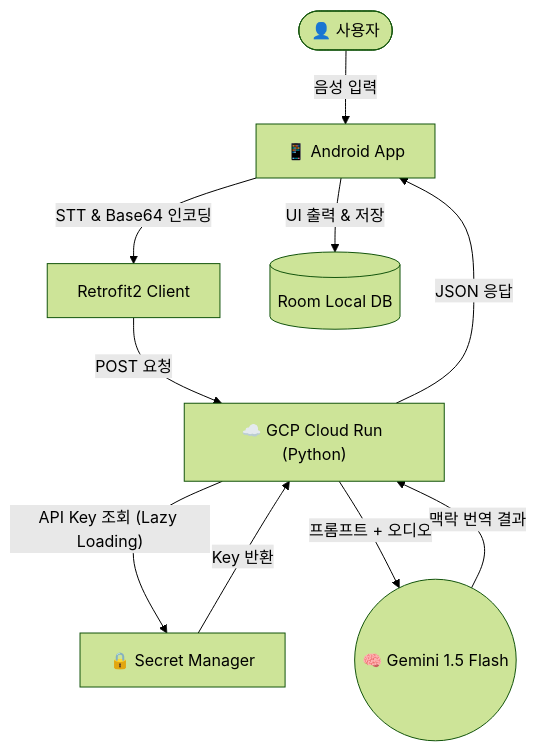
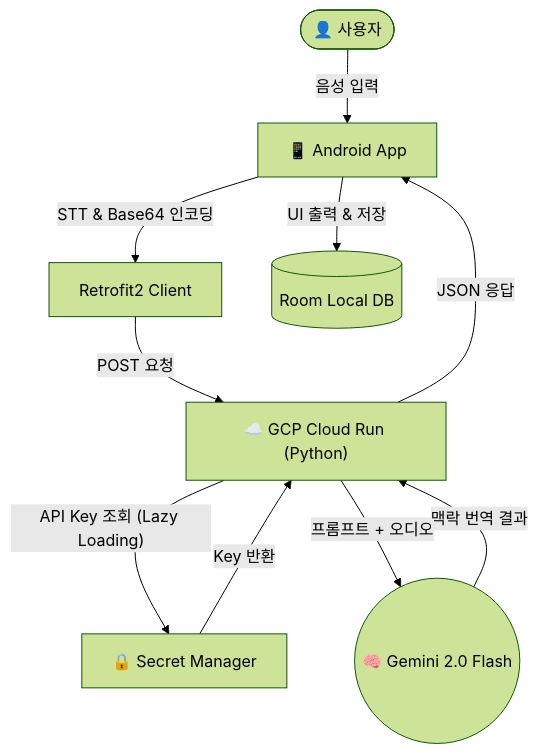
One commit to akh990816-glitch/VoiceTranslator2 changed the diagram in README.md. Above: the diagram before and after it, drawn with Mermaid (forest theme). The commit also changed other lines of this file, not shown here.

First line of the commit message:
Upgrade README to reflect Gemini 2.0 Flash

````diff
--- a/README.md
+++ b/README.md
@@ -32,15 +32,15 @@
 ```mermaid
 flowchart TD
     User(["👤 사용자"]) -- "음성 입력" --> App["📱 Android App"]
     App -- "STT & Base64 인코딩" --> Net["Retrofit2 Client"]
     Net -- "POST 요청" --> Server["☁️ GCP Cloud Run (Python)"]
     
     Server -- "API Key 조회 (Lazy Loading)" --> Secret["🔒 Secret Manager"]
     Secret -- "Key 반환" --> Server
     
-    Server -- "프롬프트 + 오디오" --> AI(("🧠 Gemini 1.5 Flash"))
+    Server -- "프롬프트 + 오디오" --> AI(("🧠 Gemini 2.0 Flash"))
     AI -- "맥락 번역 결과" --> Server
     
     Server -- "JSON 응답" --> App
     App -- "UI 출력 & 저장" --> DB[("Room Local DB")]
 ```
````
